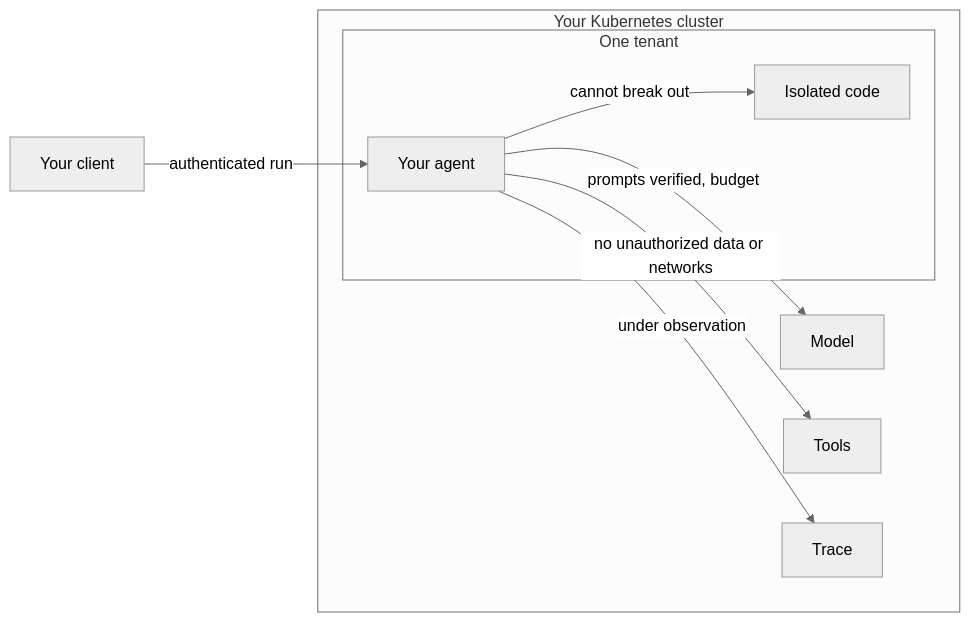
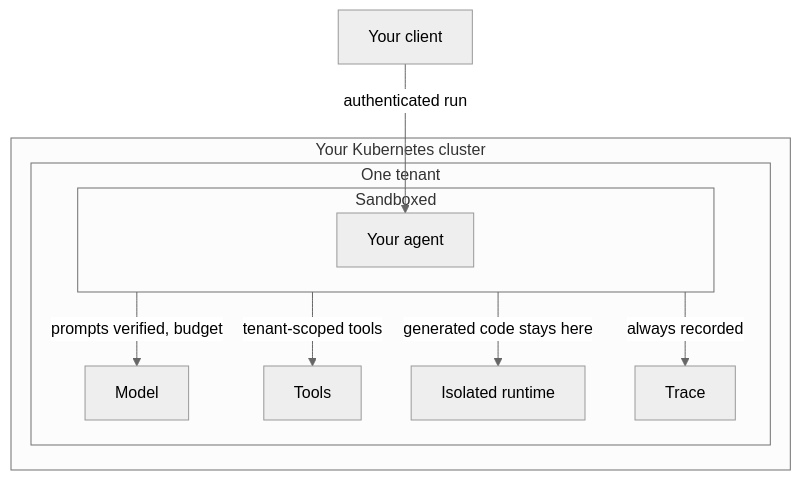
The diagram in README.md (devopssquaddev/zelkor-platform), drawn with Mermaid before and after one commit. The commit also changed other lines of this file, not shown here.

Commit message:
docs(readme): redraw the sandbox postcard
Show the agent inside a wrap, with only the four real exits, so deny labels are not drawn as calls.

````diff
--- a/README.md
+++ b/README.md
@@ -34,22 +34,20 @@
 ```mermaid
 ---
 config:
   theme: neutral
 ---
-flowchart LR
+flowchart TB
   client[Your client]
   subgraph cluster [Your Kubernetes cluster]
     subgraph tenant [One tenant]
-      agent[Your agent]
-      code[Isolated code]
+      subgraph wrap [Sandboxed]
+        agent[Your agent]
+      end
+      wrap -->|prompts verified, budget| model[Model]
+      wrap -->|tenant-scoped tools| tools[Tools]
+      wrap -->|generated code stays here| code[Isolated runtime]
+      wrap -->|always recorded| trace[Trace]
     end
-    model[Model]
-    tools[Tools]
-    trace[Trace]
   end
   client -->|authenticated run| agent
-  agent -->|cannot break out| code
-  agent -->|prompts verified, budget| model
-  agent -->|no unauthorized data or networks| tools
-  agent -->|under observation| trace
 ```
````
